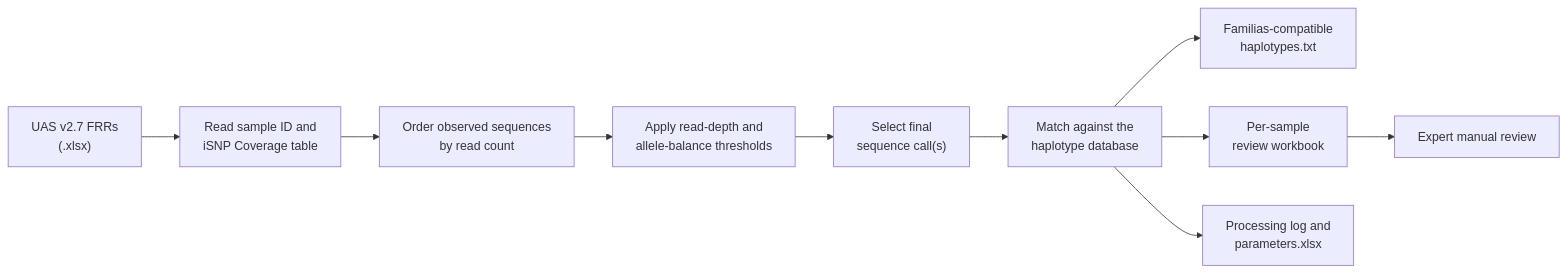
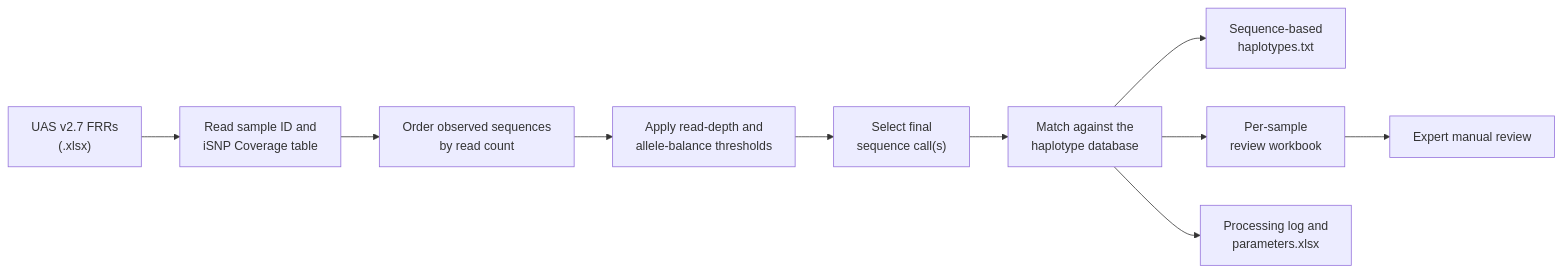
One commit to FISABIO-BioinformaticsService/forenseqhaplo changed the diagram in README.Rmd. Above: the diagram before and after it, drawn with Mermaid. The commit also changed other lines of this file and 2 other files, not shown here.

````diff
--- a/README.Rmd
+++ b/README.Rmd
@@ -94,12 +93,12 @@
 ```mermaid
 flowchart LR
     A["UAS v2.7 FRRs<br/>(.xlsx)"] --> B["Read sample ID and<br/>iSNP Coverage table"]
     B --> C["Order observed sequences<br/>by read count"]
     C --> D["Apply read-depth and<br/>allele-balance thresholds"]
     D --> E["Select final<br/>sequence call(s)"]
     E --> F["Match against the<br/>haplotype database"]
-    F --> G["Familias-compatible<br/>haplotypes.txt"]
+    F --> G["Sequence-based<br/>haplotypes.txt"]
     F --> H["Per-sample<br/>review workbook"]
     F --> I["Processing log and<br/>parameters.xlsx"]
     H --> J["Expert manual review"]
 ```
````
